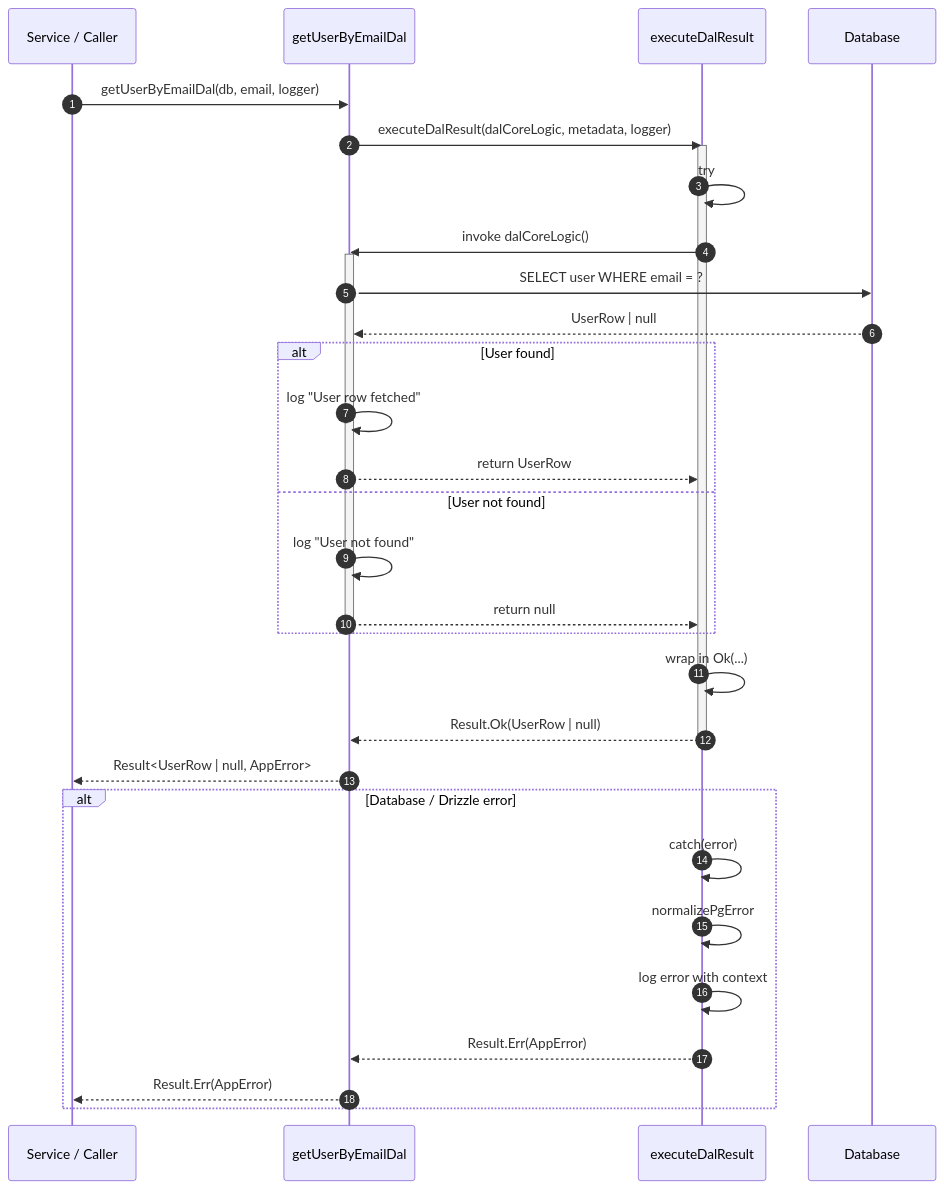
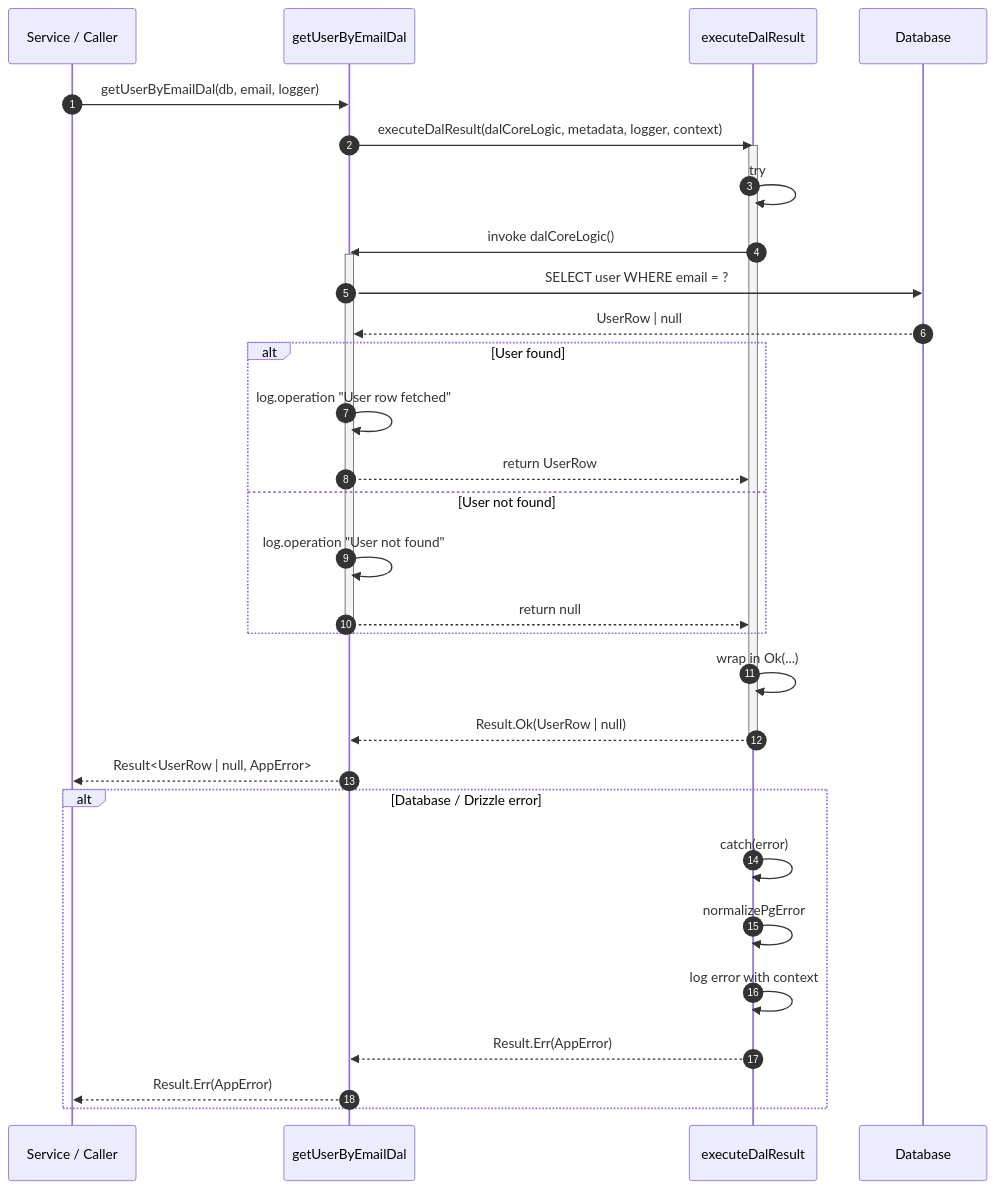
One commit to andrewpetersondev/nextjs-dashboard changed the second of 12 diagrams in src/modules/auth/server/infrastructure/db/dal/README.md. Above: the diagram before and after it, drawn with Mermaid. The commit also changed other lines of this file, not shown here.

Commit message:
docs: update flowcharts and sequence diagrams for DAL and LoginUseCase

````diff
--- a/src/modules/auth/server/infrastructure/db/dal/README.md
+++ b/src/modules/auth/server/infrastructure/db/dal/README.md
@@ -48,48 +48,48 @@
 ```mermaid
 sequenceDiagram
     autonumber
 
     participant S as Service / Caller
     participant DAL as getUserByEmailDal
     participant WRAP as executeDalResult
     participant DB as Database
 
     S->>DAL: getUserByEmailDal(db, email, logger)
 
-    DAL->>WRAP: executeDalResult(dalCoreLogic, metadata, logger)
+    DAL->>WRAP: executeDalResult(dalCoreLogic, metadata, logger, context)
 
     activate WRAP
 
     WRAP->>WRAP: try
 
     WRAP->>DAL: invoke dalCoreLogic()
     activate DAL
 
     DAL->>DB: SELECT user WHERE email = ?
     DB-->>DAL: UserRow | null
 
     alt User found
-        DAL->>DAL: log "User row fetched"
+        DAL->>DAL: log.operation "User row fetched"
         DAL-->>WRAP: return UserRow
     else User not found
-        DAL->>DAL: log "User not found"
+        DAL->>DAL: log.operation "User not found"
         DAL-->>WRAP: return null
     end
 
     deactivate DAL
 
     WRAP->>WRAP: wrap in Ok(...)
     WRAP-->>DAL: Result.Ok(UserRow | null)
 
     deactivate WRAP
 
     DAL-->>S: Result<UserRow | null, AppError>
 
     alt Database / Drizzle error
         WRAP->>WRAP: catch(error)
         WRAP->>WRAP: normalizePgError
         WRAP->>WRAP: log error with context
         WRAP-->>DAL: Result.Err(AppError)
         DAL-->>S: Result.Err(AppError)
     end
 ```
````
